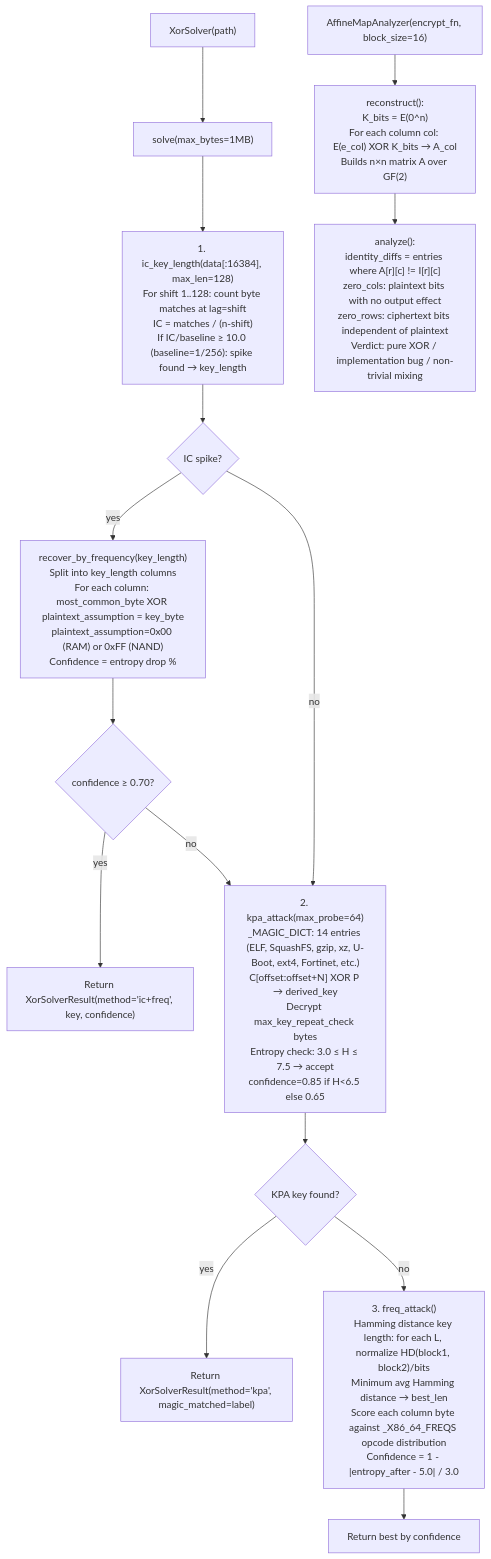
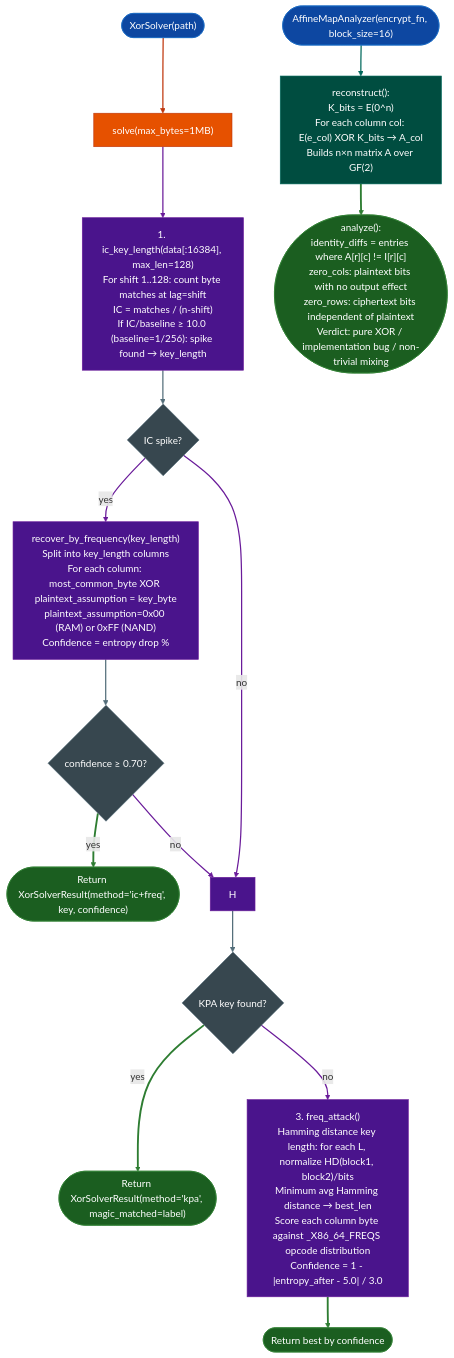
One commit to Ablation-Tool/ablation changed the diagram in docs/reference-modules/affine-mapping-analysis.md. Above: the diagram before and after it, drawn with Mermaid. The commit also changed 320 other files, not shown here.

First line of the commit message:
docs: apply canonical Mermaid template to all 321 diagrams

````diff
--- a/docs/reference-modules/affine-mapping-analysis.md
+++ b/docs/reference-modules/affine-mapping-analysis.md
@@ -19,17 +19,37 @@
 ```mermaid
 flowchart TD
-    A["XorSolver(path)"] --> B["solve(max_bytes=1MB)"]
-    B --> C["1. ic_key_length(data[:16384], max_len=128)\nFor shift 1..128: count byte matches at lag=shift\nIC = matches / (n-shift)\nIf IC/baseline ≥ 10.0 (baseline=1/256): spike found → key_length"]
-    C --> D{"IC spike?"}
-    D -->|yes| E["recover_by_frequency(key_length)\nSplit into key_length columns\nFor each column: most_common_byte XOR plaintext_assumption = key_byte\nplaintext_assumption=0x00 (RAM) or 0xFF (NAND)\nConfidence = entropy drop %"]
-    E --> F{confidence ≥ 0.70?}
-    F -->|yes| G["Return XorSolverResult(method='ic+freq', key, confidence)"]
-    F -->|no| H
-    D -->|no| H["2. kpa_attack(max_probe=64)\n_MAGIC_DICT: 14 entries (ELF, SquashFS, gzip, xz, U-Boot, ext4, Fortinet, etc.)\nC[offset:offset+N] XOR P → derived_key\nDecrypt max_key_repeat_check bytes\nEntropy check: 3.0 ≤ H ≤ 7.5 → accept\nconfidence=0.85 if H<6.5 else 0.65"]
-    H --> I{KPA key found?}
-    I -->|yes| G2["Return XorSolverResult(method='kpa', magic_matched=label)"]
-    I -->|no| J["3. freq_attack()\nHamming distance key length: for each L, normalize HD(block1, block2)/bits\nMinimum avg Hamming distance → best_len\nScore each column byte against _X86_64_FREQS opcode distribution\nConfidence = 1 - |entropy_after - 5.0| / 3.0"]
-    J --> K["Return best by confidence"]
-    L["AffineMapAnalyzer(encrypt_fn, block_size=16)"] --> M["reconstruct():\nK_bits = E(0^n)\nFor each column col: E(e_col) XOR K_bits → A_col\nBuilds n×n matrix A over GF(2)"]
-    M --> N["analyze():\nidentity_diffs = entries where A[r][c] != I[r][c]\nzero_cols: plaintext bits with no output effect\nzero_rows: ciphertext bits independent of plaintext\nVerdict: pure XOR / implementation bug / non-trivial mixing"]
+    A(["XorSolver(path)"]):::input --> B["solve(max_bytes=1MB)"]:::primary
+    B:::primary --> C["1. ic_key_length(data[:16384], max_len=128)\nFor shift 1..128: count byte matches at lag=shift\nIC = matches / (n-shift)\nIf IC/baseline ≥ 10.0 (baseline=1/256): spike found → key_length"]:::tertiary
+    C:::tertiary --> D{"IC spike?"}:::neutral
+    D:::neutral -->|yes| E["recover_by_frequency(key_length)\nSplit into key_length columns\nFor each column: most_common_byte XOR plaintext_assumption = key_byte\nplaintext_assumption=0x00 (RAM) or 0xFF (NAND)\nConfidence = entropy drop %"]:::tertiary
+    E:::tertiary --> F{"confidence ≥ 0.70?"}:::neutral
+    F:::neutral -->|yes| G(["Return XorSolverResult(method='ic+freq', key, confidence)"]):::output
+    F:::neutral -->|no| H["H"]:::tertiary
+    D:::neutral -->|no| H:::tertiary
+    H:::tertiary --> I{"KPA key found?"}:::neutral
+    I:::neutral -->|yes| G2(["Return XorSolverResult(method='kpa', magic_matched=label)"]):::output
+    I:::neutral -->|no| J["3. freq_attack()\nHamming distance key length: for each L, normalize HD(block1, block2)/bits\nMinimum avg Hamming distance → best_len\nScore each column byte against _X86_64_FREQS opcode distribution\nConfidence = 1 - |entropy_after - 5.0| / 3.0"]:::tertiary
+    J:::tertiary --> K(["Return best by confidence"]):::output
+    L(["AffineMapAnalyzer(encrypt_fn, block_size=16)"]):::input --> M["reconstruct():\nK_bits = E(0^n)\nFor each column col: E(e_col) XOR K_bits → A_col\nBuilds n×n matrix A over GF(2)"]:::secondary
+    M:::secondary --> N(["analyze():\nidentity_diffs = entries where A[r][c] != I[r][c]\nzero_cols: plaintext bits with no output effect\nzero_rows: ciphertext bits independent of plaintext\nVerdict: pure XOR / implementation bug / non-trivial mixing"]):::output
+    classDef input     fill:#0d47a1,stroke:#1565c0,color:#fff
+    classDef primary   fill:#e65100,stroke:#bf360c,color:#fff
+    classDef secondary fill:#004d40,stroke:#00695c,color:#fff
+    classDef tertiary  fill:#4a148c,stroke:#6a1b9a,color:#fff
+    classDef neutral   fill:#37474f,stroke:#546e7a,color:#fff
+    classDef output    fill:#1b5e20,stroke:#2e7d32,color:#fff
+    linkStyle 0 stroke:#bf360c,stroke-width:2px
+    linkStyle 1 stroke:#6a1b9a,stroke-width:2px
+    linkStyle 2 stroke:#546e7a,stroke-width:2px
+    linkStyle 3 stroke:#6a1b9a,stroke-width:2px
+    linkStyle 4 stroke:#546e7a,stroke-width:2px
+    linkStyle 5 stroke:#2e7d32,stroke-width:3px
+    linkStyle 6 stroke:#6a1b9a,stroke-width:2px
+    linkStyle 7 stroke:#6a1b9a,stroke-width:2px
+    linkStyle 8 stroke:#546e7a,stroke-width:2px
+    linkStyle 9 stroke:#2e7d32,stroke-width:3px
+    linkStyle 10 stroke:#6a1b9a,stroke-width:2px
+    linkStyle 11 stroke:#2e7d32,stroke-width:3px
+    linkStyle 12 stroke:#00695c,stroke-width:2px
+    linkStyle 13 stroke:#2e7d32,stroke-width:3px
 ```
````
